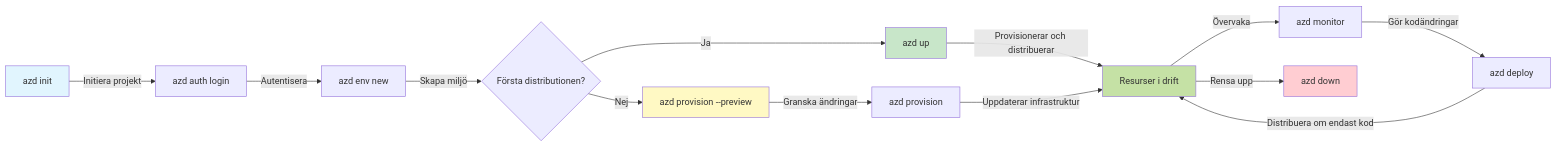
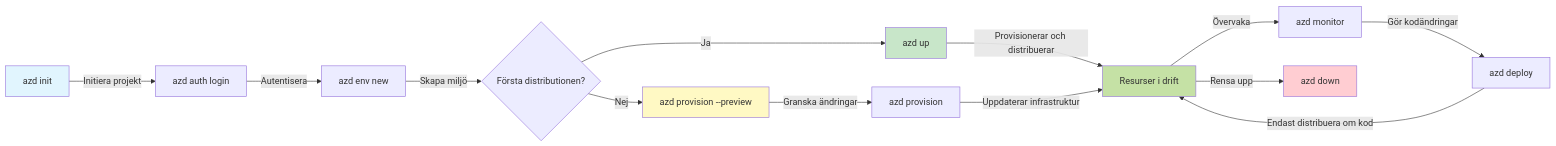
The first of 2 diagrams in translations/sv/docs/chapter-01-foundation/azd-basics.md (microsoft/AZD-for-beginners), drawn with Mermaid before and after one commit. The commit also changed other lines of this file and 101 other files, not shown here.

````diff
--- a/translations/sv/docs/chapter-01-foundation/azd-basics.md
+++ b/translations/sv/docs/chapter-01-foundation/azd-basics.md
@@ -269,21 +269,21 @@
 ```mermaid
 graph LR
     A[azd init] -->|Initiera projekt| B[azd auth login]
     B -->|Autentisera| C[azd env new]
     C -->|Skapa miljö| D{Första distributionen?}
     D -->|Ja| E[azd up]
     D -->|Nej| F[azd provision --preview]
     F -->|Granska ändringar| G[azd provision]
     E -->|Provisionerar och distribuerar| H[Resurser i drift]
     G -->|Uppdaterar infrastruktur| H
     H -->|Övervaka| I[azd monitor]
     I -->|Gör kodändringar| J[azd deploy]
-    J -->|Distribuera om endast kod| H
+    J -->|Endast distribuera om kod| H
     H -->|Rensa upp| K[azd down]
     
     style A fill:#e1f5fe
     style E fill:#c8e6c9
     style F fill:#fff9c4
     style H fill:#c5e1a5
     style K fill:#ffcdd2
 ```
````
